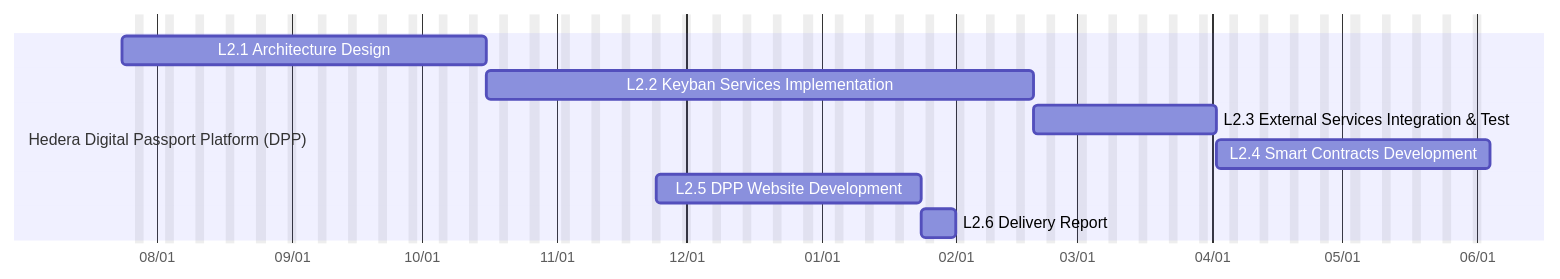
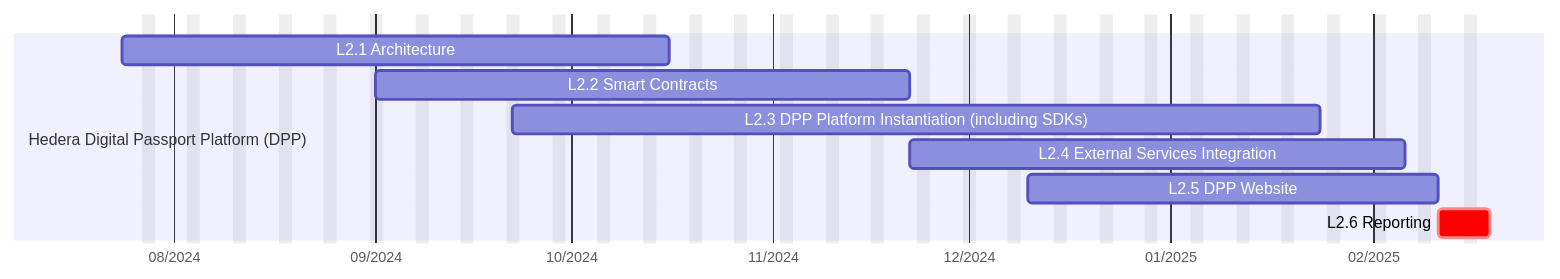
One commit to keyban-io/sdk-js changed the second of 3 diagrams in project/weavenn/planning.md. Above: the diagram before and after it, drawn with Mermaid. The commit also changed other lines of this file and 3 other files, not shown here.

````diff
--- a/project/weavenn/planning.md
+++ b/project/weavenn/planning.md
@@ -69,15 +37,14 @@
 ```mermaid
 gantt
     dateFormat  YYYY-MM-DD
-    axisFormat %m/%d
+    axisFormat %m/%Y
     excludes weekdays saturday,sunday
-
+    
     section Hedera Digital Passport Platform (DPP)
-    L2.1 Architecture Design: arch, 2024-07-24, 60d
-    L2.2 Keyban Services Implementation: keyban, after arch, 90d
-    L2.3 External Services Integration & Test: ext, after keyban, 30d
-    L2.4 Smart Contracts Development: contracts, after ext, 45d
-    L2.5 DPP Website Development: web, 2024-11-24, 45d
-    L2.6 Delivery Report: report, after web, 6d
-
+    L2.1 Architecture: s1, 2024-07-24, 60d
+    L2.2 Smart Contracts: s3, 2024-09-01, 60d
+    L2.3 DPP Platform Instantiation (including SDKs): s2, 2024-09-22, 90d
+    L2.4 External Services Integration: s4, 2024-11-22, 54d
+    L2.5 DPP Website: web, 2024-12-10, 45d
+    L2.6 Reporting: crit, after web, 6d
 ```
````
